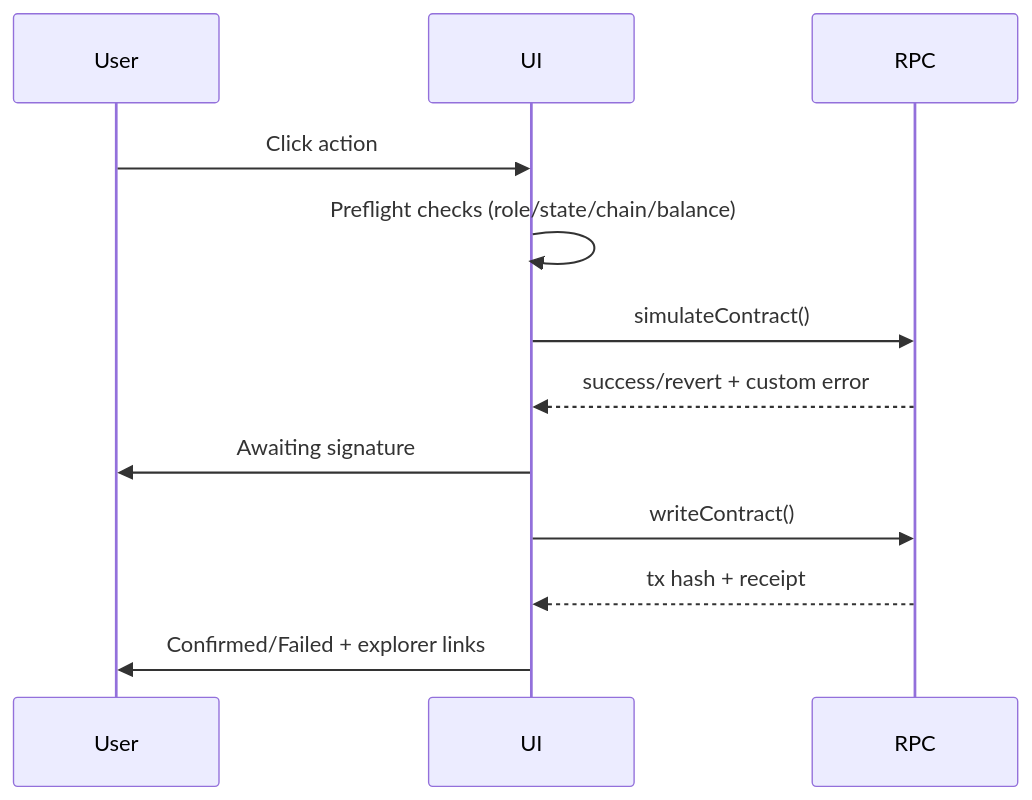
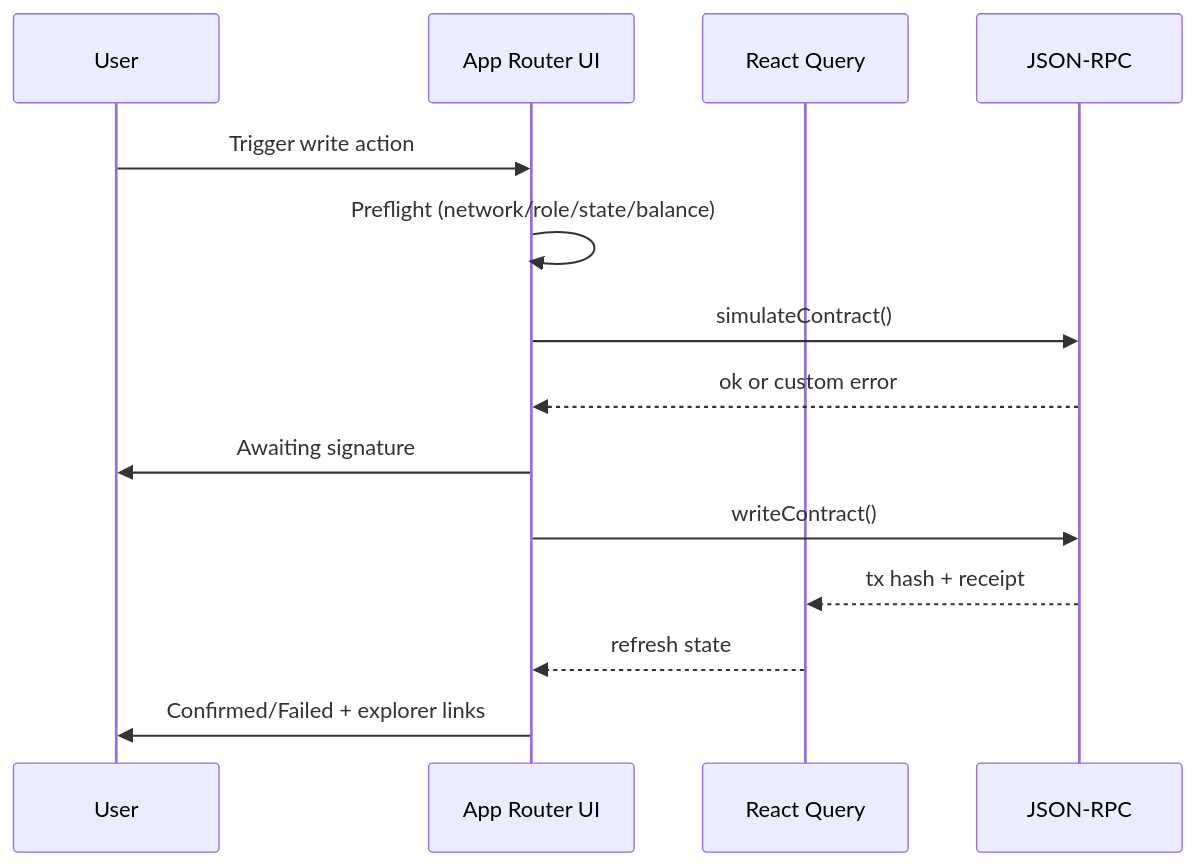
Before and after one commit to MontrealAI/AGIJobManager: the second of 2 diagrams in docs/ui/ARCHITECTURE.md, drawn with Mermaid. The commit also changed other lines of this file and 23 other files, not shown here.

````diff
--- a/docs/ui/ARCHITECTURE.md
+++ b/docs/ui/ARCHITECTURE.md
@@ -12,14 +22,16 @@
 ```mermaid
 sequenceDiagram
   participant U as User
-  participant UI as UI
-  participant RPC as RPC
-  U->>UI: Click action
-  UI->>UI: Preflight checks (role/state/chain/balance)
+  participant UI as App Router UI
+  participant RQ as React Query
+  participant RPC as JSON-RPC
+  U->>UI: Trigger write action
+  UI->>UI: Preflight (network/role/state/balance)
   UI->>RPC: simulateContract()
-  RPC-->>UI: success/revert + custom error
+  RPC-->>UI: ok or custom error
   UI->>U: Awaiting signature
   UI->>RPC: writeContract()
-  RPC-->>UI: tx hash + receipt
+  RPC-->>RQ: tx hash + receipt
+  RQ-->>UI: refresh state
   UI->>U: Confirmed/Failed + explorer links
 ```
````
